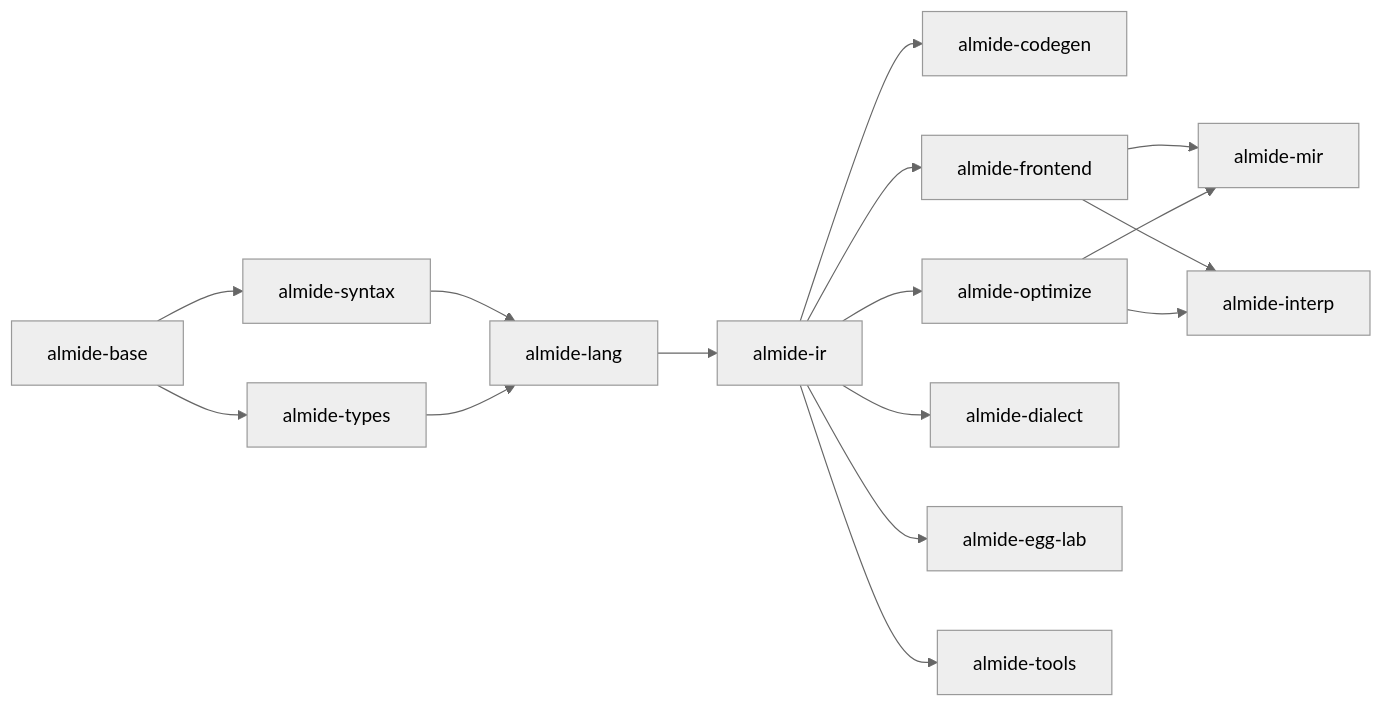
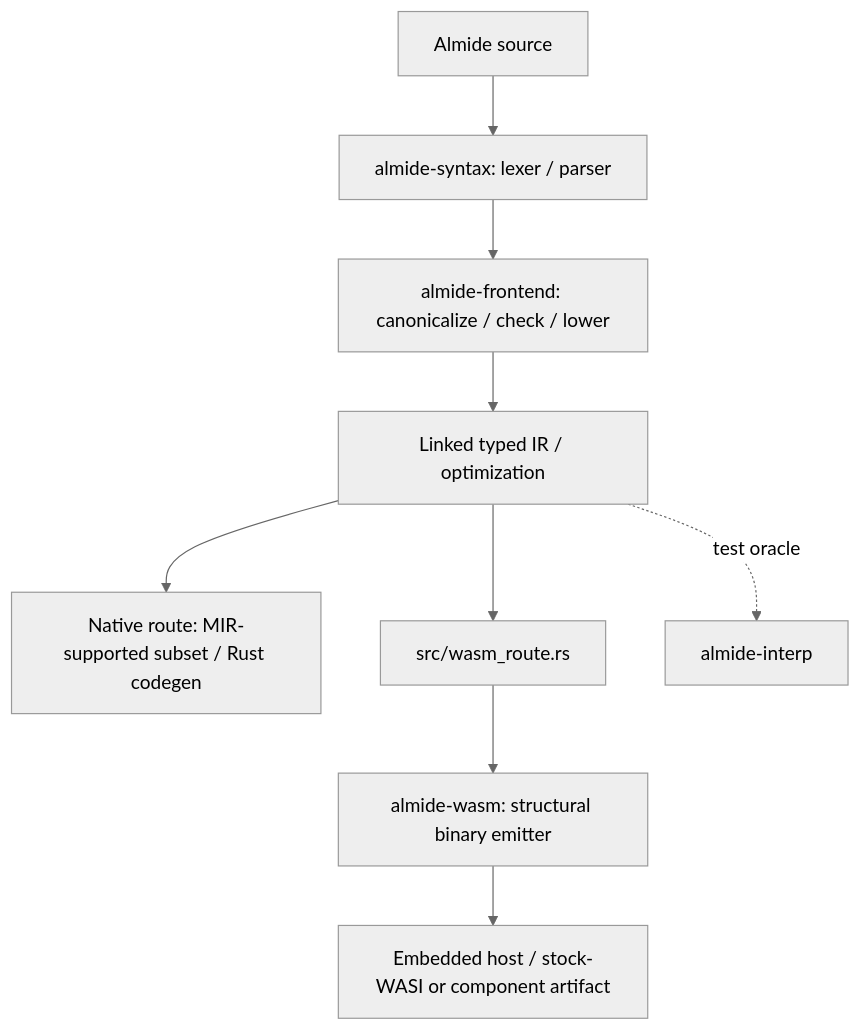
One commit to almide/almide changed the diagram in crates/README.md. Above: the diagram before and after it, drawn with Mermaid (neutral theme). The commit also changed other lines of this file and 11 other files, not shown here.

````diff
--- a/crates/README.md
+++ b/crates/README.md
@@ -121,10 +9,11 @@
 ```mermaid
-flowchart LR
-    BASE[almide-base] --> SYNTAX[almide-syntax] & TYPES[almide-types]
-    SYNTAX --> LANG[almide-lang]
-    TYPES --> LANG
-    LANG --> IR[almide-ir]
-    IR --> CODEGEN[almide-codegen] & FRONTEND[almide-frontend] & OPTIMIZE[almide-optimize] & DIALECT[almide-dialect] & EGG[almide-egg-lab] & TOOLS[almide-tools]
-    FRONTEND --> MIR[almide-mir] & INTERP[almide-interp]
-    OPTIMIZE --> MIR & INTERP
+flowchart TD
+    SRC[Almide source] --> SYNTAX[almide-syntax: lexer / parser]
+    SYNTAX --> FRONT[almide-frontend: canonicalize / check / lower]
+    FRONT --> IR[Linked typed IR / optimization]
+    IR --> NATIVE[Native route: MIR-supported subset / Rust codegen]
+    IR --> ROUTE[src/wasm_route.rs]
+    ROUTE --> WASM[almide-wasm: structural binary emitter]
+    WASM --> HOST[Embedded host / stock-WASI or component artifact]
+    IR -. test oracle .-> INTERP[almide-interp]
 ```
````
